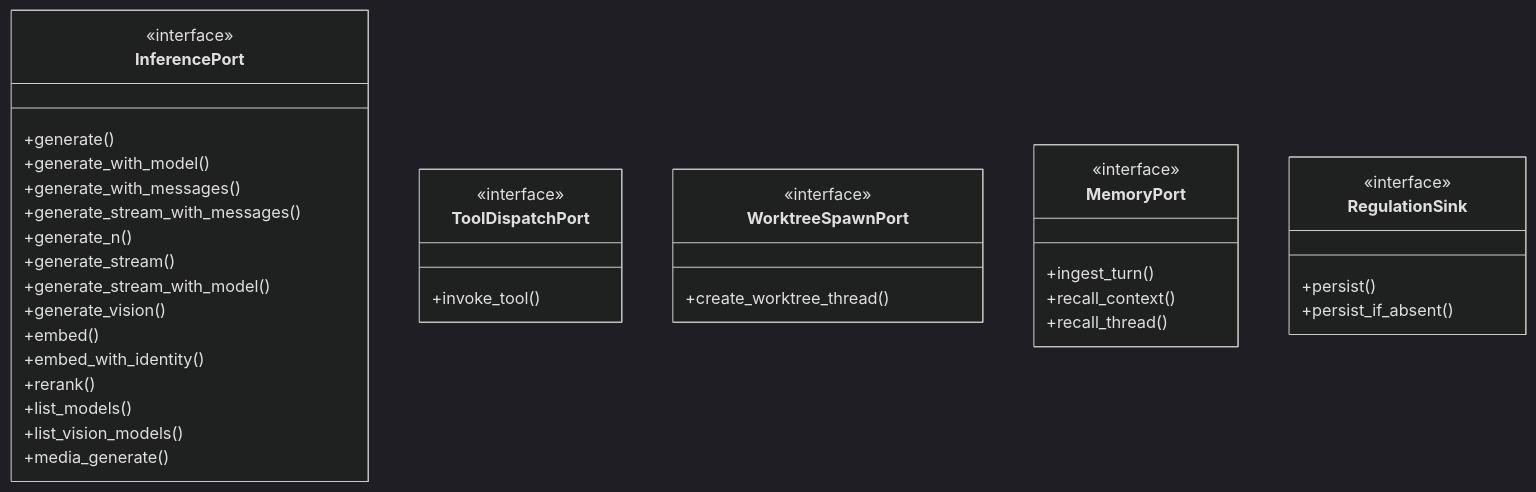
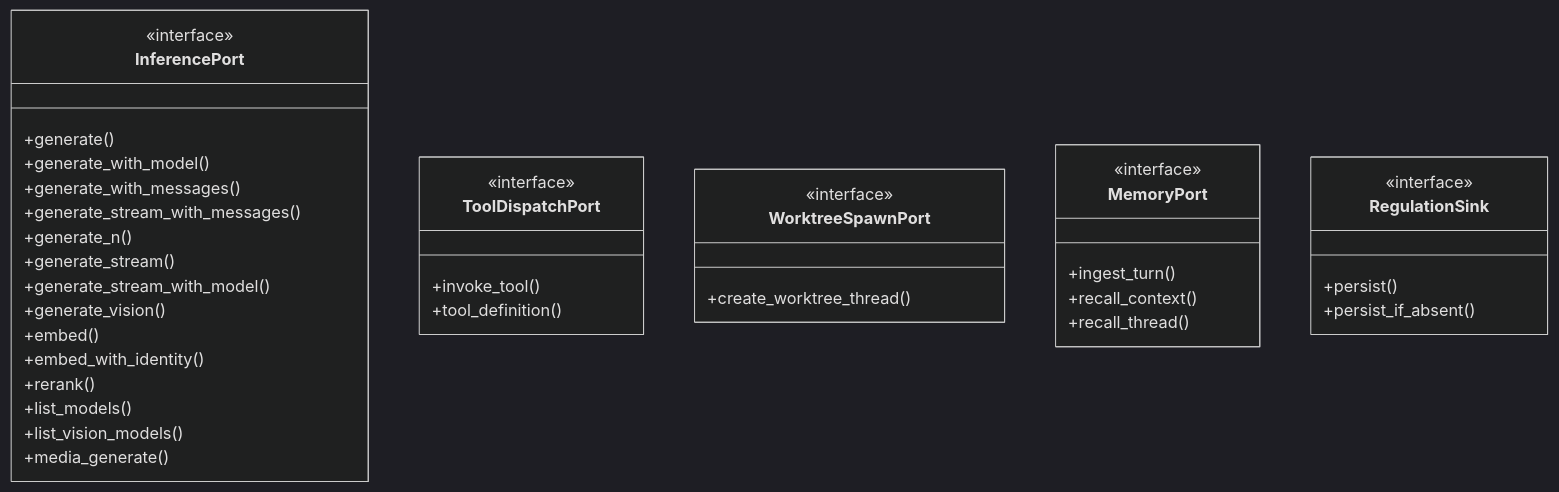
The second of 6 diagrams in kask/docs/diataxis/hkask-types/reference.md (mdz-axo/zed-kask), drawn with Mermaid (dark theme) before and after one commit. The commit also changed 20 other files, not shown here.

````diff
--- a/kask/docs/diataxis/hkask-types/reference.md
+++ b/kask/docs/diataxis/hkask-types/reference.md
@@ -145,39 +145,40 @@
 ```mermaid
 classDiagram
     class InferencePort {
         <<interface>>
         +generate()
         +generate_with_model()
         +generate_with_messages()
         +generate_stream_with_messages()
         +generate_n()
         +generate_stream()
         +generate_stream_with_model()
         +generate_vision()
         +embed()
         +embed_with_identity()
         +rerank()
         +list_models()
         +list_vision_models()
         +media_generate()
     }
     class ToolDispatchPort {
         <<interface>>
         +invoke_tool()
+        +tool_definition()
     }
     class WorktreeSpawnPort {
         <<interface>>
         +create_worktree_thread()
     }
     class MemoryPort {
         <<interface>>
         +ingest_turn()
         +recall_context()
         +recall_thread()
     }
     class RegulationSink {
         <<interface>>
         +persist()
         +persist_if_absent()
     }
 ```
````
